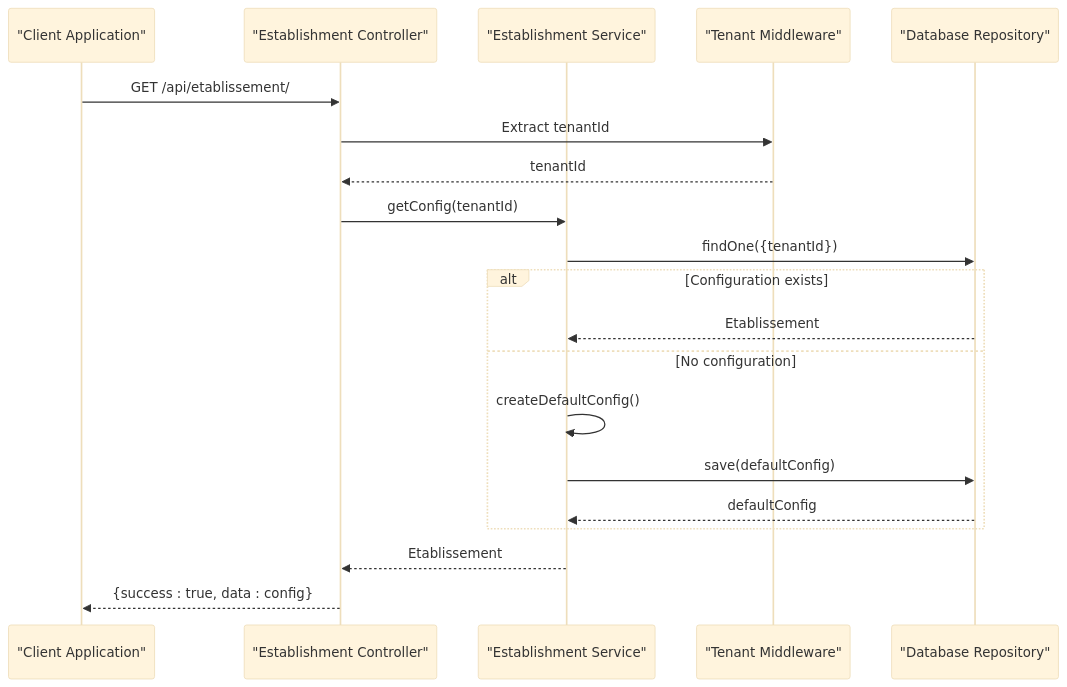
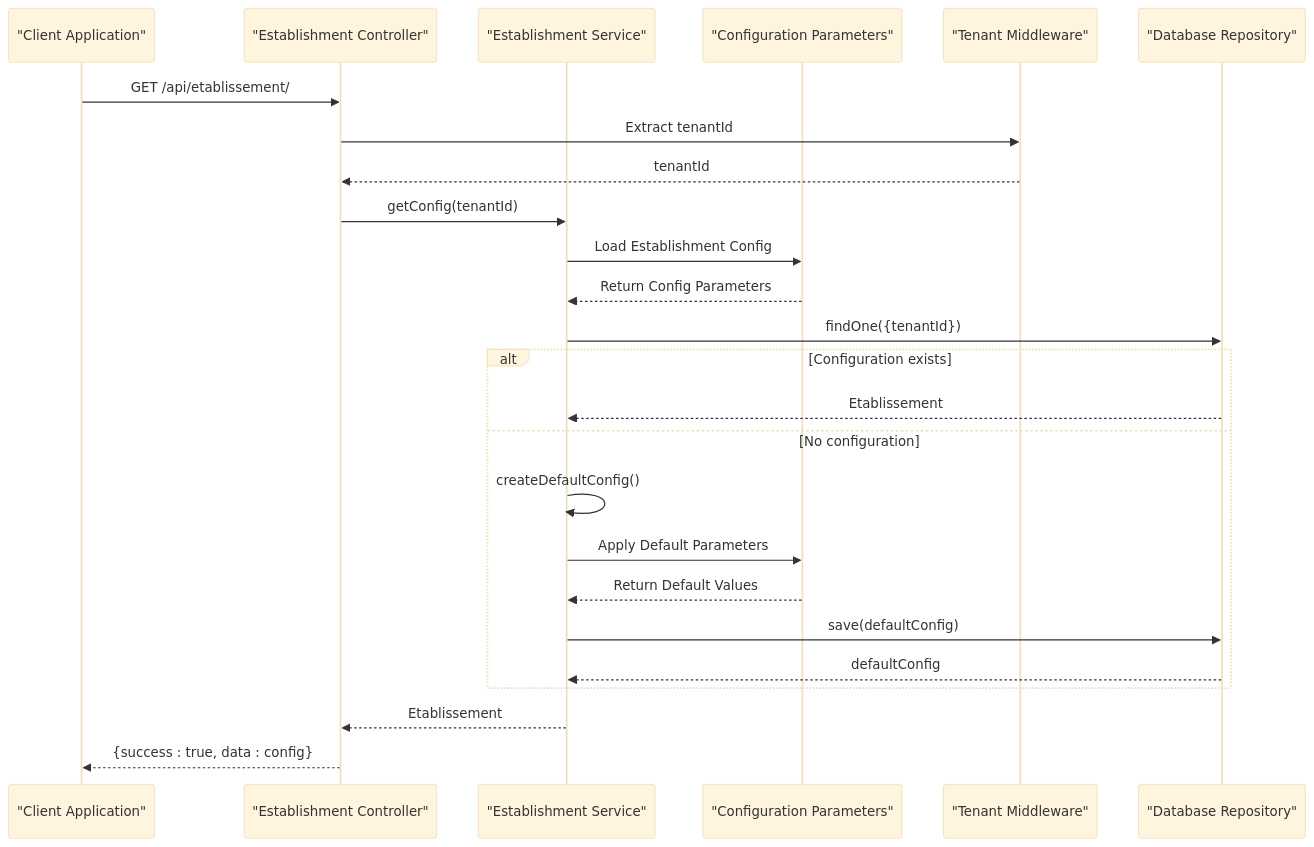
One commit to franckylab/eLISAschool changed the tenth of 19 diagrams in .qoder/repowiki/en/content/Modules & Features/Administrative Modules/Establishment Management.md. Above: the diagram before and after it, drawn with Mermaid (base theme). The commit also changed other lines of this file and 155 other files, not shown here.

````diff
--- a/.qoder/repowiki/en/content/Modules & Features/Administrative Modules/Establishment Management.md
+++ b/.qoder/repowiki/en/content/Modules & Features/Administrative Modules/Establishment Management.md
@@ -476,22 +610,27 @@
 ```mermaid
 sequenceDiagram
 participant Client as "Client Application"
 participant Controller as "Establishment Controller"
 participant Service as "Establishment Service"
+participant ConfigParams as "Configuration Parameters"
 participant TenantMW as "Tenant Middleware"
 participant Repo as "Database Repository"
 Client->>Controller : GET /api/etablissement/
 Controller->>TenantMW : Extract tenantId
 TenantMW-->>Controller : tenantId
 Controller->>Service : getConfig(tenantId)
+Service->>ConfigParams : Load Establishment Config
+ConfigParams-->>Service : Return Config Parameters
 Service->>Repo : findOne({tenantId})
 alt Configuration exists
 Repo-->>Service : Etablissement
 else No configuration
 Service->>Service : createDefaultConfig()
+Service->>ConfigParams : Apply Default Parameters
+ConfigParams-->>Service : Return Default Values
 Service->>Repo : save(defaultConfig)
 Repo-->>Service : defaultConfig
 end
 Service-->>Controller : Etablissement
 Controller-->>Client : {success : true, data : config}
 ```
````
